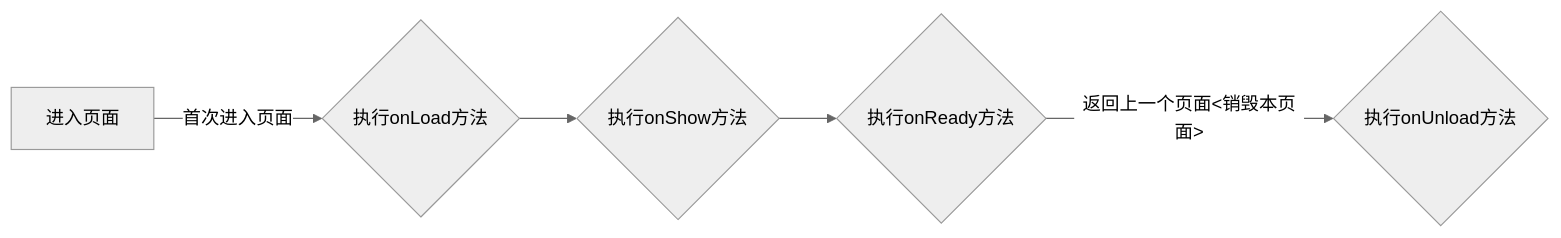
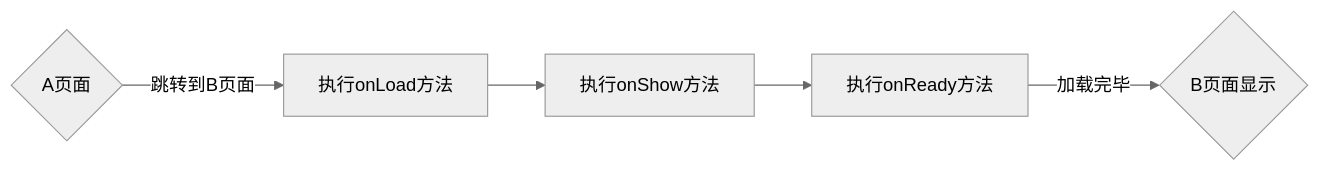
Before and after one commit to shmchen/shmchen.github.io: the third of 8 diagrams in _posts/2018-12-08-微信小程序之生命周期.md, drawn with Mermaid (neutral theme). The commit also changed other lines of this file and 1 other file, not shown here.

````diff
--- a/_posts/2018-12-08-微信小程序之生命周期.md
+++ b/_posts/2018-12-08-微信小程序之生命周期.md
@@ -99,7 +101,7 @@
 ```mermaid
 graph LR
-    start[进入页面] -- 首次进入页面 --> load{执行onLoad方法}
-    load --> show{执行onShow方法}
-    show --> ready{执行onReady方法}
-    ready -- 返回上一个页面<销毁本页面> --> unload{执行onUnload方法}	
+    A{A页面} -- 跳转到B页面 --> load[执行onLoad方法]
+    load --> show[执行onShow方法]
+    show --> ready[执行onReady方法]
+    ready -- 加载完毕 --> B{B页面显示}
 ```
````
